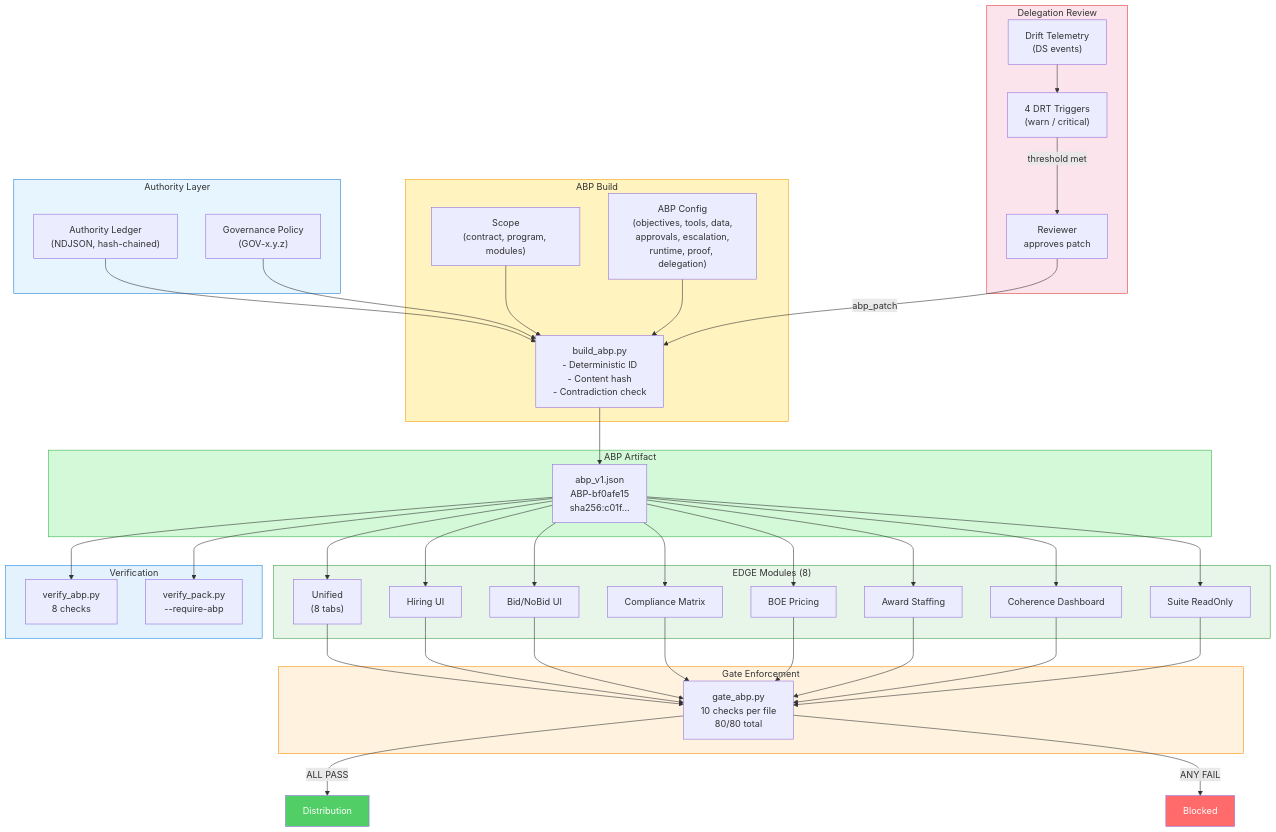
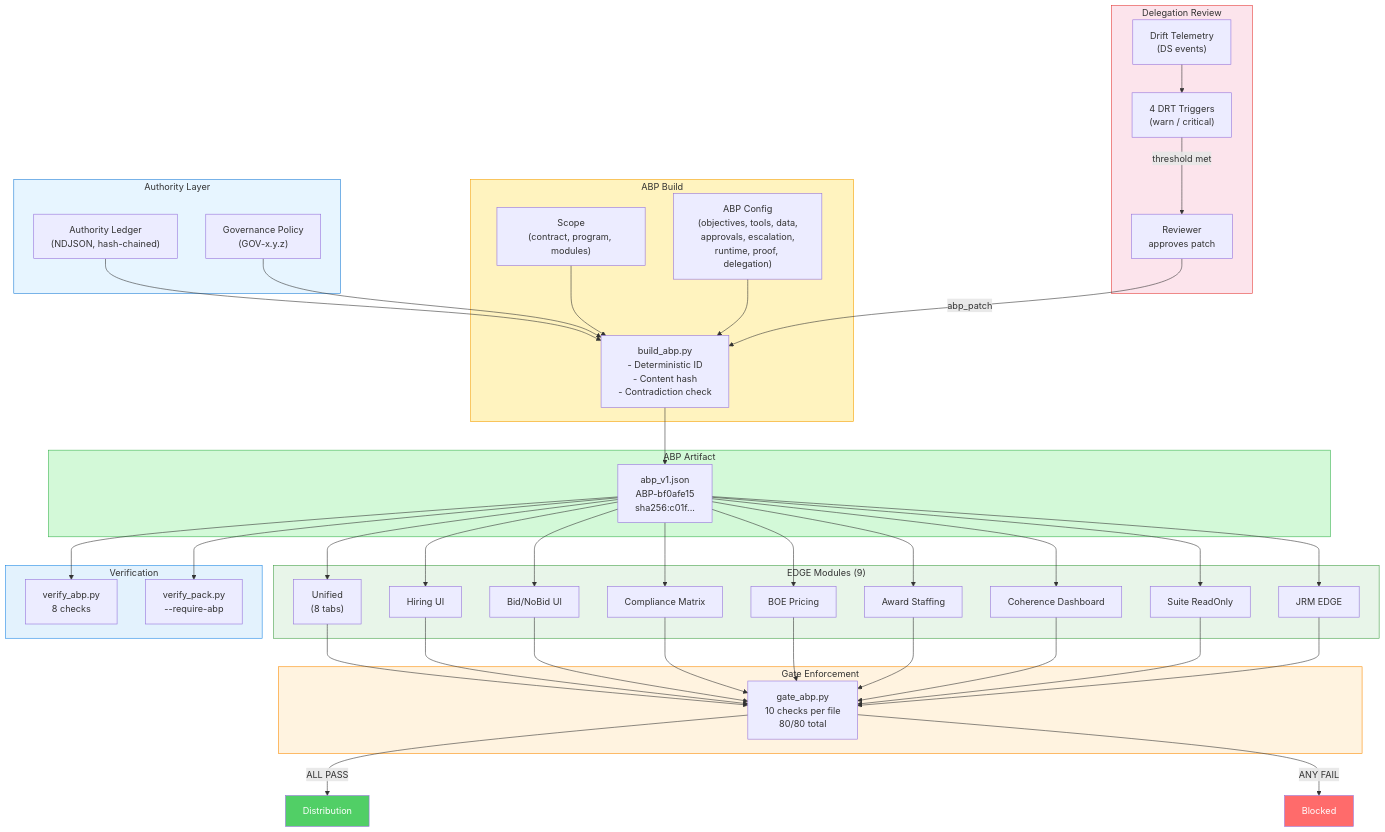
One commit to 8ryanWh1t3/DeepSigma changed the diagram in edge/README.md. Above: the diagram before and after it, drawn with Mermaid. The commit also changed other lines of this file and 2 other files, not shown here.

Commit message:
feat: add EDGE JRM EDGE v1.0.0 — single-file JRM pipeline visualizer
Self-contained HTML tool (1,502 lines, 82KB) for visualizing JRM runs
and JRM-X packet chains. Includes 9-stage ribbon, coherence meter,
trace drawer, packet viewer, 3 browser-side adapters (EVE/Snort/Copilot),
embedded demo data (50 events + 2 packet parts), and keyboard shortcuts.

````diff
--- a/edge/README.md
+++ b/edge/README.md
@@ -29,72 +29,73 @@
 ```mermaid
 flowchart TD
     subgraph Authority["Authority Layer"]
         LEDGER["Authority Ledger\n(NDJSON, hash-chained)"]
         POLICY["Governance Policy\n(GOV-x.y.z)"]
     end
 
     subgraph Build["ABP Build"]
         SCOPE["Scope\n(contract, program, modules)"]
         CONFIG["ABP Config\n(objectives, tools, data,\napprovals, escalation,\nruntime, proof, delegation)"]
         BUILDER["build_abp.py\n- Deterministic ID\n- Content hash\n- Contradiction check"]
     end
 
     subgraph Artifact["ABP Artifact"]
         ABP["abp_v1.json\nABP-bf0afe15\nsha256:c01f..."]
     end
 
-    subgraph EDGE["EDGE Modules (8)"]
+    subgraph EDGE["EDGE Modules (9)"]
         UNI["Unified\n(8 tabs)"]
         HIR["Hiring UI"]
         BID["Bid/NoBid UI"]
         CMP["Compliance Matrix"]
         BOE["BOE Pricing"]
         AWD["Award Staffing"]
         COH["Coherence Dashboard"]
         SRO["Suite ReadOnly"]
+        JRM["JRM EDGE"]
     end
 
     subgraph Gate["Gate Enforcement"]
         GATE["gate_abp.py\n10 checks per file\n80/80 total"]
     end
 
     subgraph Verify["Verification"]
         VABP["verify_abp.py\n8 checks"]
         VPACK["verify_pack.py\n--require-abp"]
     end
 
     subgraph Reassess["Delegation Review"]
         DRIFT["Drift Telemetry\n(DS events)"]
         TRIGGER["4 DRT Triggers\n(warn / critical)"]
         REVIEW["Reviewer\napproves patch"]
     end
 
     LEDGER --> BUILDER
     POLICY --> BUILDER
     SCOPE --> BUILDER
     CONFIG --> BUILDER
     BUILDER --> ABP
 
-    ABP --> UNI & HIR & BID & CMP & BOE & AWD & COH & SRO
+    ABP --> UNI & HIR & BID & CMP & BOE & AWD & COH & SRO & JRM
 
-    UNI & HIR & BID & CMP & BOE & AWD & COH & SRO --> GATE
+    UNI & HIR & BID & CMP & BOE & AWD & COH & SRO & JRM --> GATE
     GATE -->|"ALL PASS"| DIST["Distribution"]
     GATE -->|"ANY FAIL"| BLOCK["Blocked"]
 
     ABP --> VABP
     ABP --> VPACK
 
     DRIFT --> TRIGGER
     TRIGGER -->|"threshold met"| REVIEW
     REVIEW -->|"abp_patch"| BUILDER
 
     style Authority fill:#e7f5ff,stroke:#1c7ed6
     style Build fill:#fff3bf,stroke:#f59f00
     style Artifact fill:#d3f9d8,stroke:#37b24d
     style EDGE fill:#e8f5e9,stroke:#43a047
     style Gate fill:#fff3e0,stroke:#fb8c00
     style Verify fill:#e3f2fd,stroke:#1e88e5
     style Reassess fill:#fce4ec,stroke:#e53935
     style BLOCK fill:#ff6b6b,color:#fff
     style DIST fill:#51cf66,color:#fff
 ```
````
